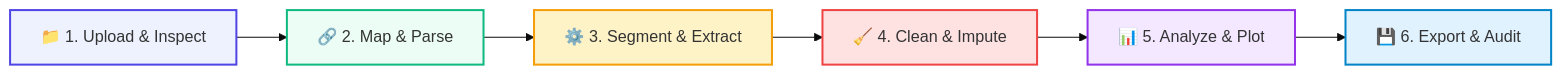
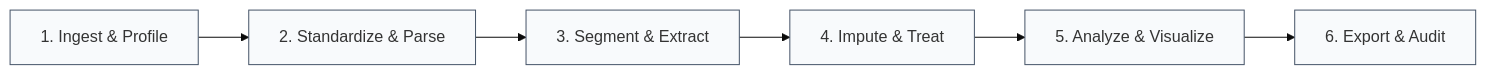
The diagram in README.md (AmanYdv77/telematics_pro), drawn with Mermaid (base theme) before and after one commit. The commit also changed other lines of this file, not shown here.

````diff
--- a/README.md
+++ b/README.md
@@ -45,15 +46,15 @@
 ```mermaid
 flowchart LR
-    A["📁 1. Upload & Inspect"] --> B["🔗 2. Map & Parse"]
-    B --> C["⚙️ 3. Segment & Extract"]
-    C --> D["🧹 4. Clean & Impute"]
-    D --> E["📊 5. Analyze & Plot"]
-    E --> F["💾 6. Export & Audit"]
+    A["1. Ingest & Profile"] --> B["2. Standardize & Parse"]
+    B --> C["3. Segment & Extract"]
+    C --> D["4. Impute & Treat"]
+    D --> E["5. Analyze & Visualize"]
+    E --> F["6. Export & Audit"]
 
-    style A fill:#EEF2FF,stroke:#4F46E5,stroke-width:2px
-    style B fill:#ECFDF5,stroke:#10B981,stroke-width:2px
-    style C fill:#FEF3C7,stroke:#F59E0B,stroke-width:2px
-    style D fill:#FEE2E2,stroke:#EF4444,stroke-width:2px
-    style E fill:#F3E8FF,stroke:#9333EA,stroke-width:2px
-    style F fill:#E0F2FE,stroke:#0284C7,stroke-width:2px
+    style A fill:#F8FAFC,stroke:#475569,stroke-width:1px
+    style B fill:#F8FAFC,stroke:#475569,stroke-width:1px
+    style C fill:#F8FAFC,stroke:#475569,stroke-width:1px
+    style D fill:#F8FAFC,stroke:#475569,stroke-width:1px
+    style E fill:#F8FAFC,stroke:#475569,stroke-width:1px
+    style F fill:#F8FAFC,stroke:#475569,stroke-width:1px
 ```
````
